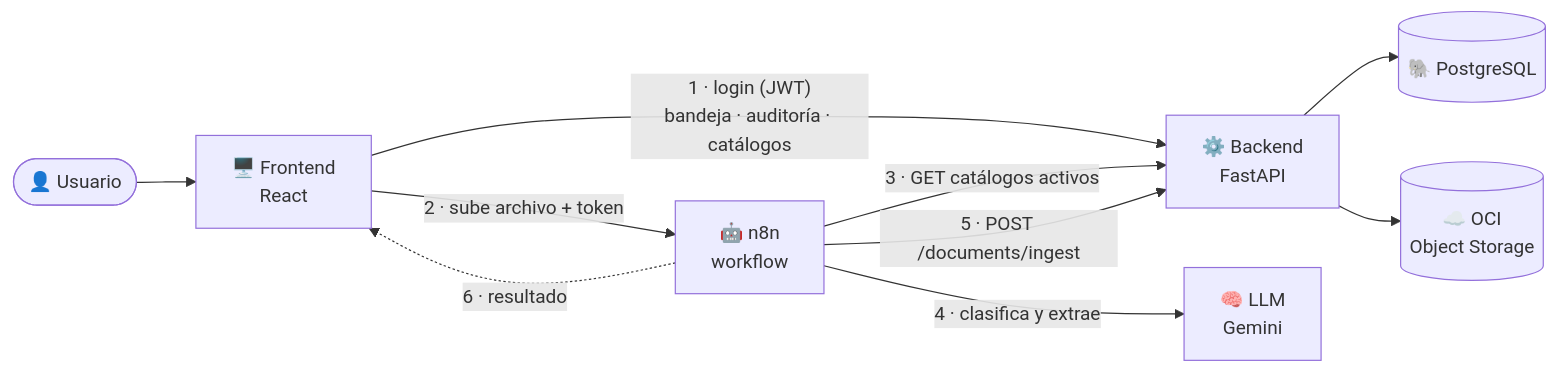
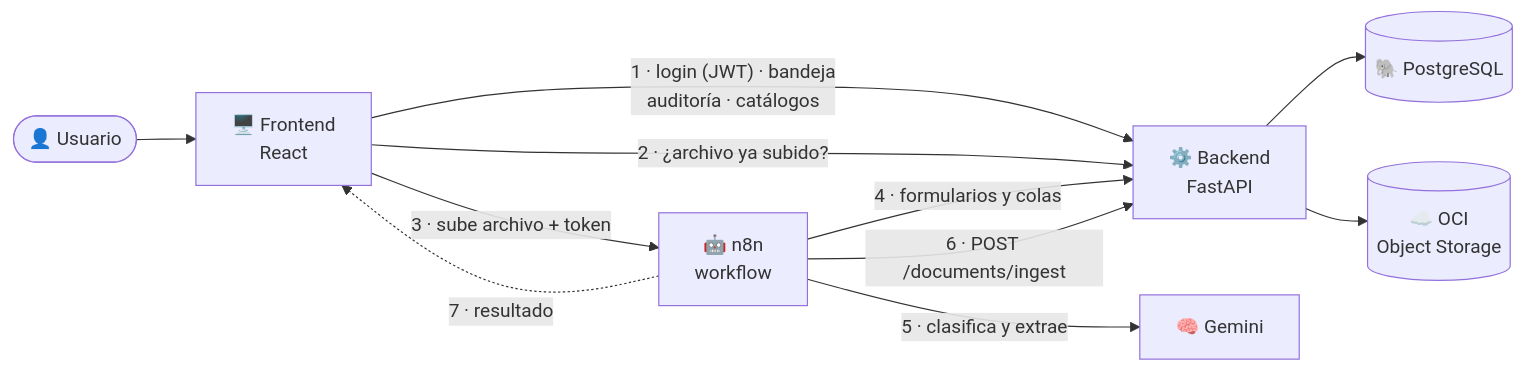
One commit to No-Country-simulation/G10-LATAM-equipo5-MediFlow changed the diagram in README.md. Above: the diagram before and after it, drawn with Mermaid. The commit also changed other lines of this file and 11 other files, not shown here.

````diff
--- a/README.md
+++ b/README.md
@@ -32,12 +43,13 @@
 ```mermaid
 flowchart LR
     U(["👤 Usuario"]) --> FE["🖥️ Frontend<br/>React"]
-    FE -- "1 · login (JWT)<br/>bandeja · auditoría · catálogos" --> BE["⚙️ Backend<br/>FastAPI"]
-    FE -- "2 · sube archivo + token" --> N8N["🤖 n8n<br/>workflow"]
-    N8N -- "3 · GET catálogos activos" --> BE
-    N8N -- "4 · clasifica y extrae" --> LLM["🧠 LLM<br/>Gemini"]
-    N8N -- "5 · POST /documents/ingest" --> BE
+    FE -- "1 · login (JWT) · bandeja<br/>auditoría · catálogos" --> BE["⚙️ Backend<br/>FastAPI"]
+    FE -- "2 · ¿archivo ya subido?" --> BE
+    FE -- "3 · sube archivo + token" --> N8N["🤖 n8n<br/>workflow"]
+    N8N -- "4 · formularios y colas" --> BE
+    N8N -- "5 · clasifica y extrae" --> LLM["🧠 Gemini"]
+    N8N -- "6 · POST /documents/ingest" --> BE
     BE --> DB[("🐘 PostgreSQL")]
     BE --> OCI[("☁️ OCI<br/>Object Storage")]
-    N8N -. "6 · resultado" .-> FE
+    N8N -. "7 · resultado" .-> FE
 ```
````
